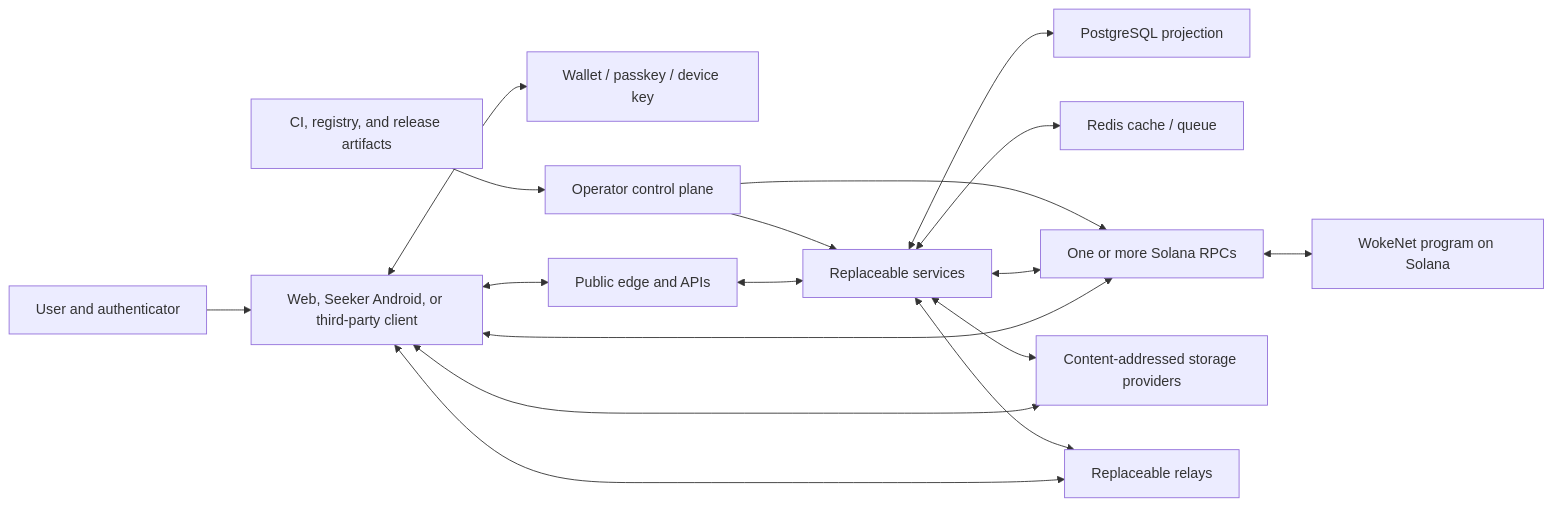
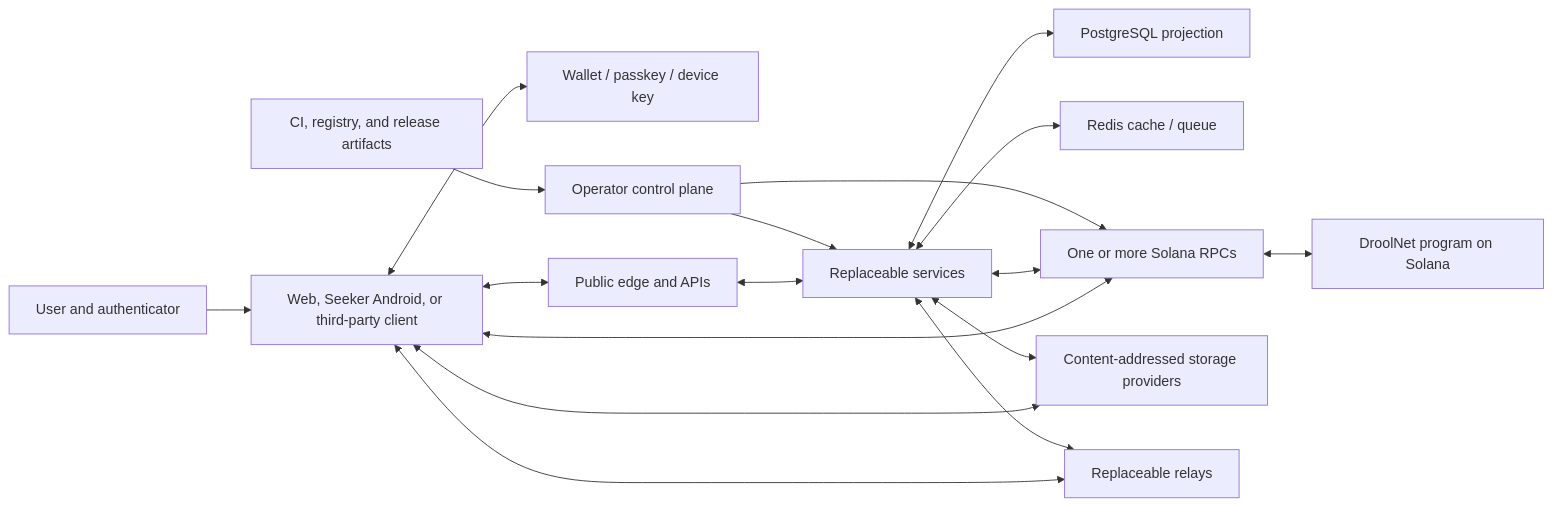
Before and after one commit to droolson/wetdrool: the diagram in docs/THREAT_MODEL.md, drawn with Mermaid. The commit also changed other lines of this file and 588 other files, not shown here.

````diff
--- a/docs/THREAT_MODEL.md
+++ b/docs/THREAT_MODEL.md
@@ -99,33 +99,33 @@
 ```mermaid
 flowchart LR
     U["User and authenticator"]
     C["Web, Seeker Android, or third-party client"]
     W["Wallet / passkey / device key"]
     E["Public edge and APIs"]
     S["Replaceable services"]
     DB["PostgreSQL projection"]
     R["Redis cache / queue"]
     RPC["One or more Solana RPCs"]
-    WN["WokeNet program on Solana"]
+    WN["DroolNet program on Solana"]
     ST["Content-addressed storage providers"]
     REL["Replaceable relays"]
     OP["Operator control plane"]
     CI["CI, registry, and release artifacts"]
 
     U --> C
     C <--> W
     C <--> E
     E <--> S
     S <--> DB
     S <--> R
     C <--> RPC
     S <--> RPC
     RPC <--> WN
     C <--> ST
     S <--> ST
     C <--> REL
     S <--> REL
     OP --> S
     OP --> RPC
     CI --> OP
 ```
````
